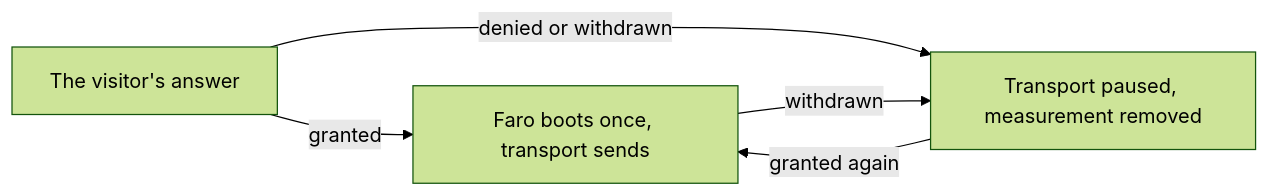
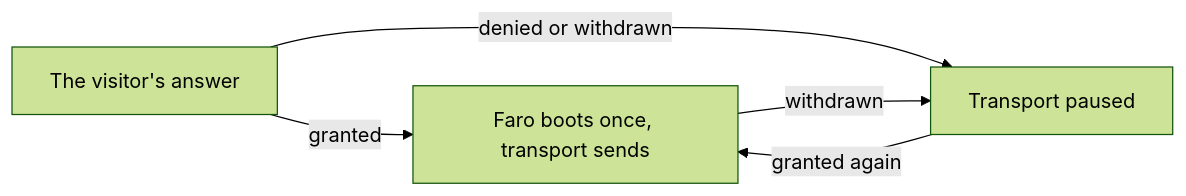
One commit to Guebbit/boilerplate-vue-frontend changed the second of 2 diagrams in docs/tools/observability.md. Above: the diagram before and after it, drawn with Mermaid (forest theme). The commit also changed other lines of this file and 14 other files, not shown here.

````diff
--- a/docs/tools/observability.md
+++ b/docs/tools/observability.md
@@ -64,7 +83,7 @@
 ```mermaid
 flowchart LR
     Answer["The visitor's answer"] -->|granted| Boot["Faro boots once, transport sends"]
-    Answer -->|denied or withdrawn| Pause["Transport paused, measurement removed"]
+    Answer -->|denied or withdrawn| Pause["Transport paused"]
     Boot -->|withdrawn| Pause
     Pause -->|granted again| Boot
 ```
````
